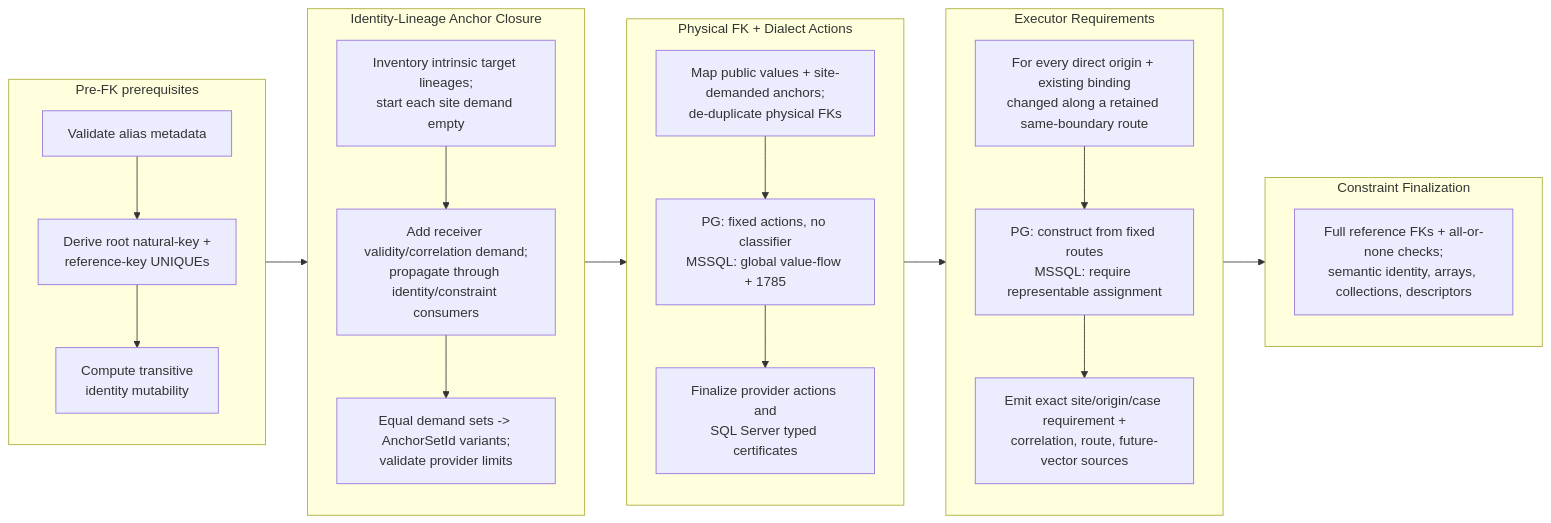
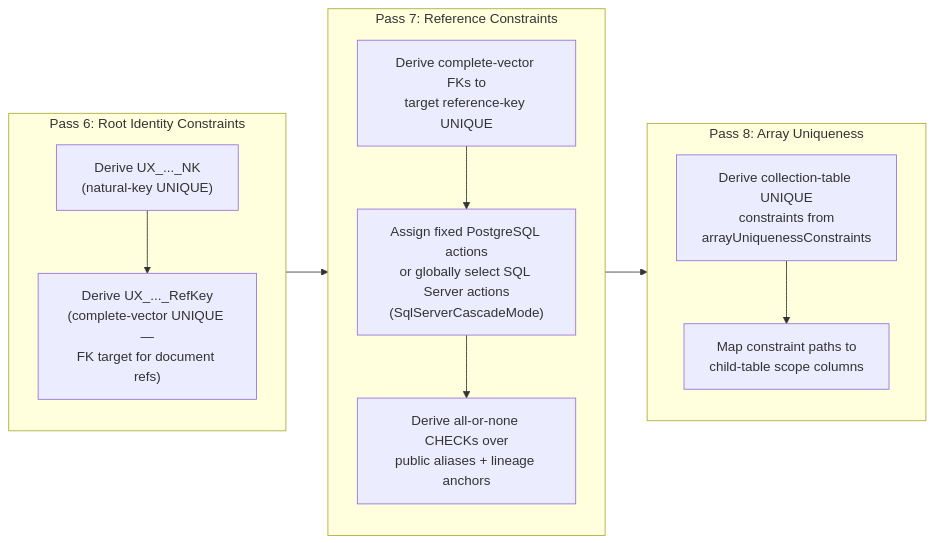
One commit to Ed-Fi-Alliance-OSS/Data-Management-Service changed diagram 14 of 16 in reference/design/backend-redesign/presentations/relational-model-presentation.md. Above: the diagram before and after it, drawn with Mermaid. The commit also changed other lines of this file and 59 other files, not shown here.

````diff
--- a/reference/design/backend-redesign/presentations/relational-model-presentation.md
+++ b/reference/design/backend-redesign/presentations/relational-model-presentation.md
@@ -761,41 +618,26 @@
 ```mermaid
 flowchart LR
-    subgraph P7["Pre-FK prerequisites"]
+    subgraph P6["Pass 6: Root Identity Constraints"]
         direction TB
-        P7A["Validate alias metadata"]
-        P7B["Derive root natural-key +<br/>reference-key UNIQUEs"]
-        P7C["Compute transitive<br/>identity mutability"]
+        P6A["Derive UX_..._NK<br/>(natural-key UNIQUE)"]
+        P6B["Derive UX_..._RefKey<br/>(complete-vector UNIQUE —<br/>FK target for document refs)"]
+        P6A --> P6B
+    end
+
+    subgraph P7["Pass 7: Reference Constraints"]
+        direction TB
+        P7A["Derive complete-vector FKs to<br/>target reference-key UNIQUE"]
+        P7B["Assign fixed PostgreSQL actions<br/>or globally select SQL Server actions<br/>(SqlServerCascadeMode)"]
+        P7C["Derive all-or-none CHECKs over<br/>public aliases + lineage anchors"]
         P7A --> P7B --> P7C
     end
 
-    subgraph P8["Identity-Lineage Anchor Closure"]
+    subgraph P8["Pass 8: Array Uniqueness"]
         direction TB
-        P8A["Inventory intrinsic target lineages;<br/>start each site demand empty"]
-        P8B["Add receiver validity/correlation demand;<br/>propagate through identity/constraint consumers"]
-        P8C["Equal demand sets -> AnchorSetId variants;<br/>validate provider limits"]
-        P8A --> P8B --> P8C
+        P8A["Derive collection-table UNIQUE<br/>constraints from<br/>arrayUniquenessConstraints"]
+        P8B["Map constraint paths to<br/>child-table scope columns"]
+        P8A --> P8B
     end
 
-    subgraph P9["Physical FK + Dialect Actions"]
-        direction TB
-        P9A["Map public values + site-demanded anchors;<br/>de-duplicate physical FKs"]
-        P9B["PG: fixed actions, no classifier<br/>MSSQL: global value-flow + 1785"]
-        P9C["Finalize provider actions and<br/>SQL Server typed certificates"]
-        P9A --> P9B --> P9C
-    end
-
-    subgraph P10["Executor Requirements"]
-        direction TB
-        P10A["For every direct origin + existing binding<br/>changed along a retained same-boundary route"]
-        P10B["PG: construct from fixed routes<br/>MSSQL: require representable assignment"]
-        P10C["Emit exact site/origin/case requirement +<br/>correlation, route, future-vector sources"]
-        P10A --> P10B --> P10C
-    end
-
-    subgraph P11["Constraint Finalization"]
-        direction TB
-        P11A["Full reference FKs + all-or-none checks;<br/>semantic identity, arrays, collections, descriptors"]
-    end
-
-    P7 --> P8 --> P9 --> P10 --> P11
+    P6 --> P7 --> P8
 ```
````
